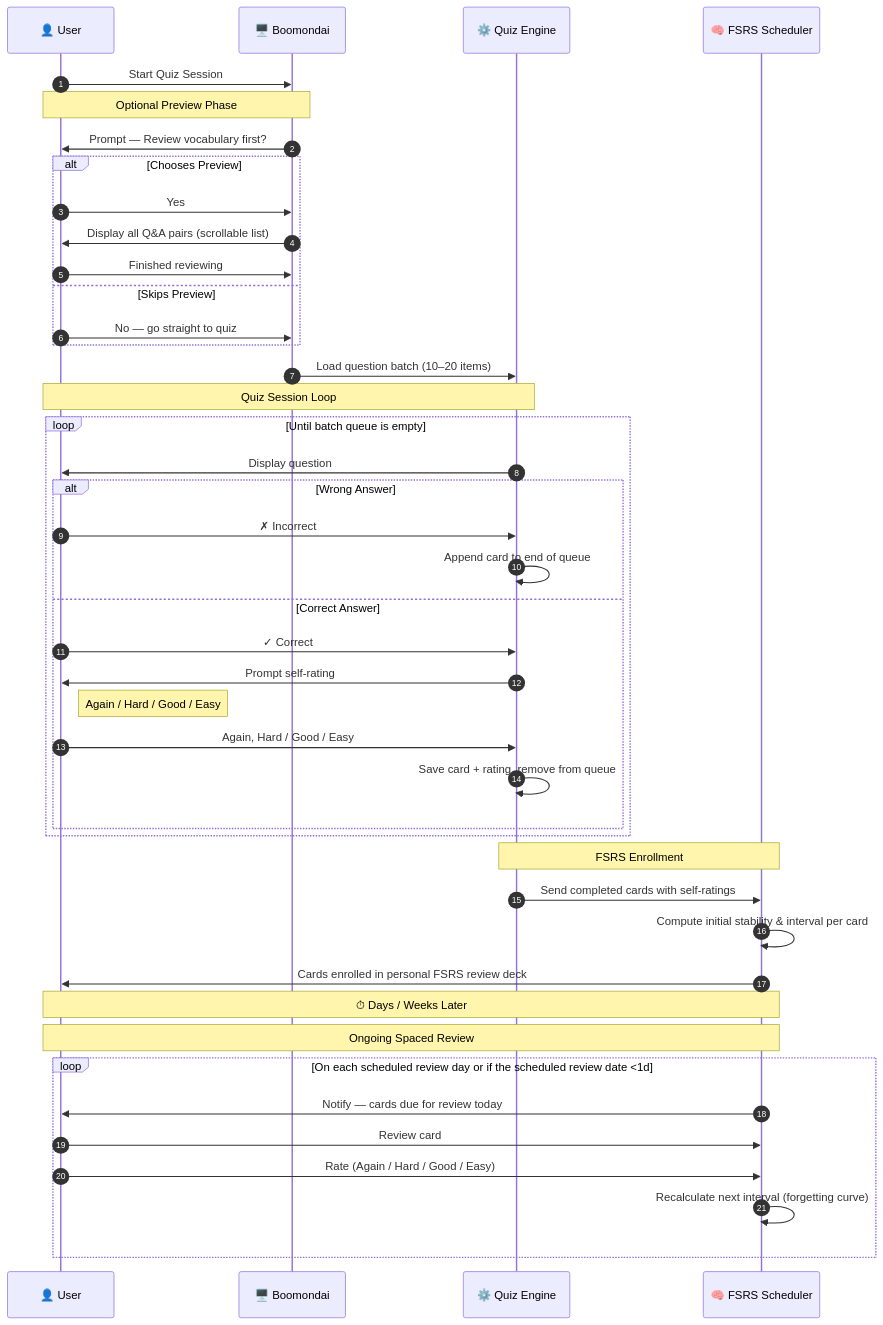
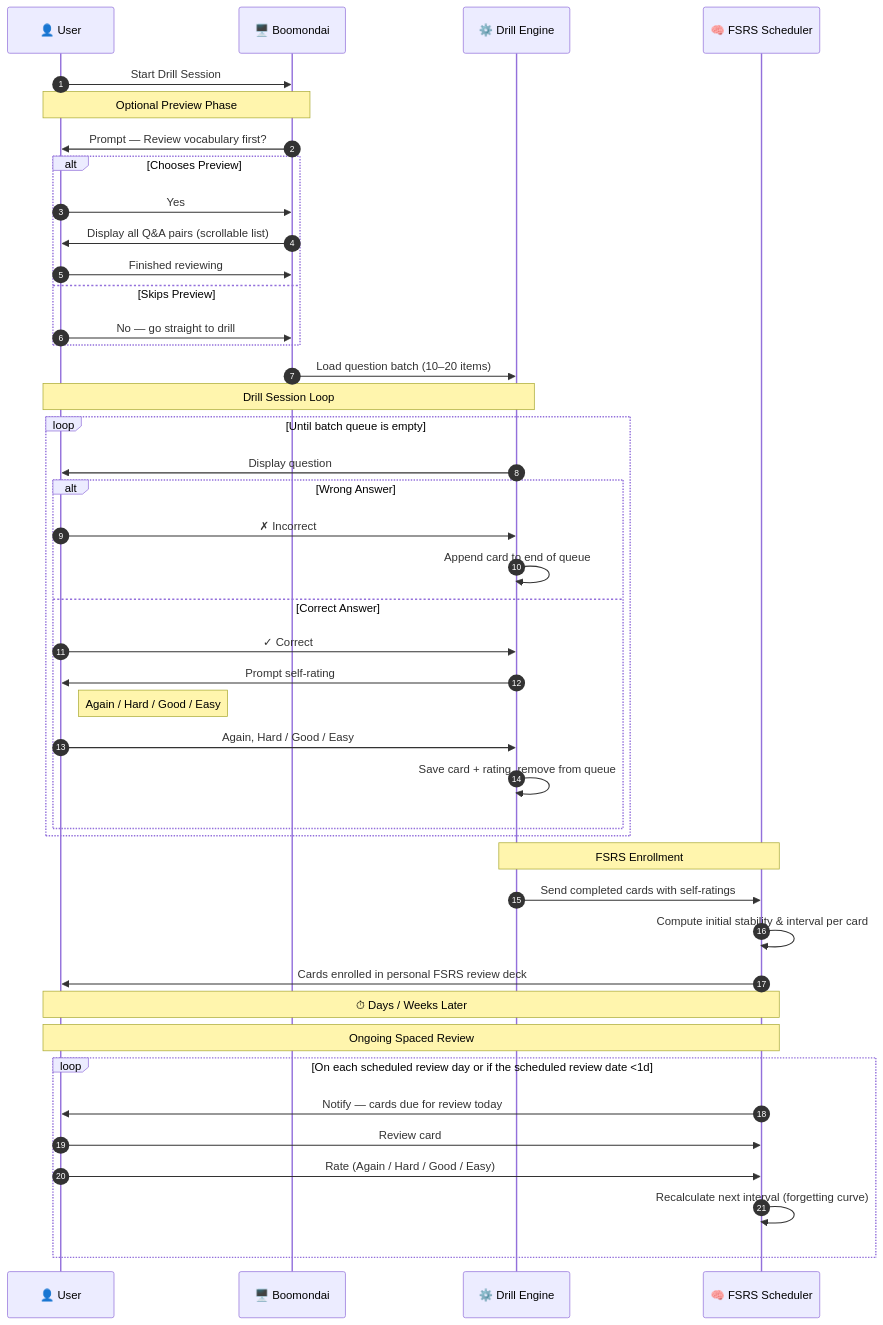
Before and after one commit to GuyWithBag/boo_mondai: the diagram in references/call_system.md, drawn with Mermaid. The commit also changed 138 other files, not shown here.

````diff
--- a/references/call_system.md
+++ b/references/call_system.md
@@ -4,61 +4,61 @@
 ```mermaid
 sequenceDiagram
     autonumber
     participant U as 👤 User
     participant BD as 🖥️ Boomondai
-    participant QE as ⚙️ Quiz Engine
+    participant QE as ⚙️ Drill Engine
     participant FS as 🧠 FSRS Scheduler
  
-    U->>BD: Start Quiz Session
+    U->>BD: Start Drill Session
  
 
         Note over U,BD: Optional Preview Phase
         BD->>U: Prompt — Review vocabulary first?
         alt Chooses Preview
             U->>BD: Yes
             BD->>U: Display all Q&A pairs (scrollable list)
             U->>BD: Finished reviewing
         else Skips Preview
-            U->>BD: No — go straight to quiz
+            U->>BD: No — go straight to drill
         end
 
  
     BD->>QE: Load question batch (10–20 items)
  
     
-        Note over U,QE: Quiz Session Loop
+        Note over U,QE: Drill Session Loop
         loop Until batch queue is empty
             QE->>U: Display question
  
             alt Wrong Answer
                 U->>QE: ✗ Incorrect
                 QE->>QE: Append card to end of queue
             else Correct Answer
                 U->>QE: ✓ Correct
                 QE->>U: Prompt self-rating
                 note right of U: Again / Hard / Good / Easy
  
                 U->>QE: Again, Hard / Good / Easy
                 QE->>QE: Save card + rating, remove from queue
             end
         end
 
  
 
         Note over QE,FS: FSRS Enrollment
         QE->>FS: Send completed cards with self-ratings
         FS->>FS: Compute initial stability & interval per card
         FS->>U: Cards enrolled in personal FSRS review deck
 
  
     Note over U,FS: ⏱ Days / Weeks Later
  
 
         Note over U,FS: Ongoing Spaced Review
         loop On each scheduled review day or if the scheduled review date <1d
             FS->>U: Notify — cards due for review today
             U->>FS: Review card
             U->>FS: Rate (Again / Hard / Good / Easy)
             FS->>FS: Recalculate next interval (forgetting curve)
         end
 ```
````
